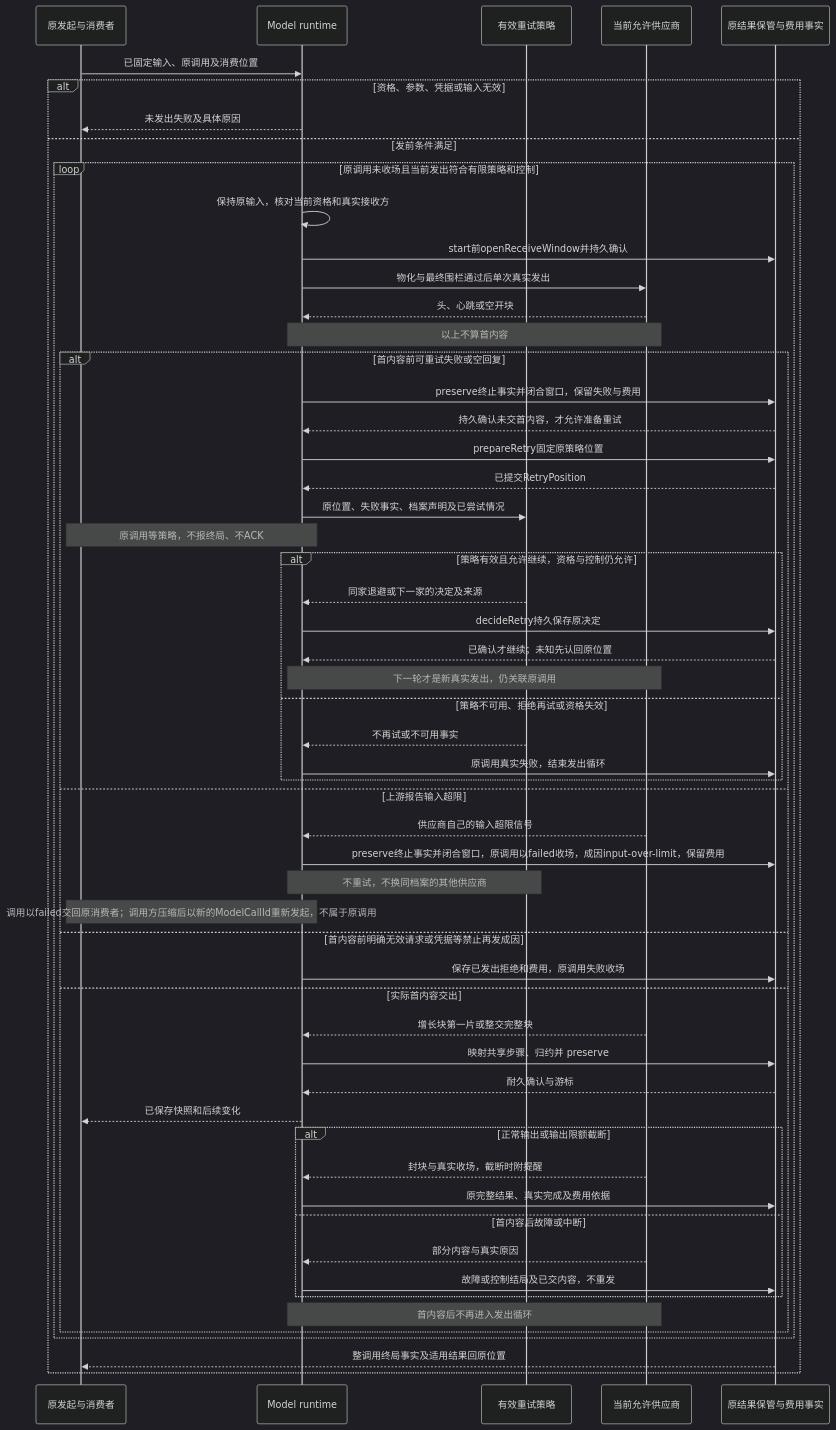
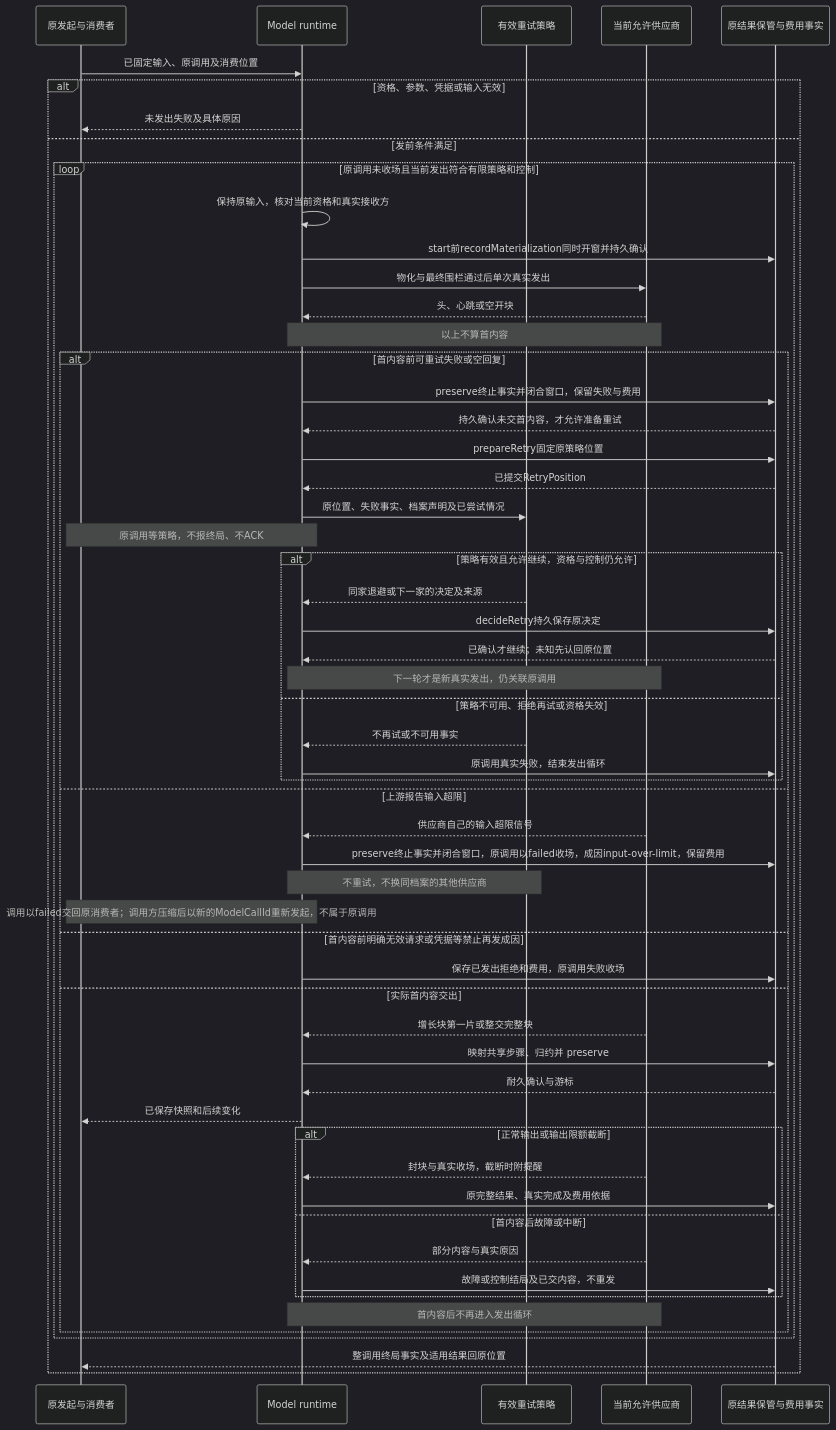
One commit to nemori-ai/omne-harness-lite changed the fourth of 17 diagrams in packages/model/model/docs/flows.md. Above: the diagram before and after it, drawn with Mermaid (dark theme). The commit also changed other lines of this file and 21 other files, not shown here.

````diff
--- a/packages/model/model/docs/flows.md
+++ b/packages/model/model/docs/flows.md
@@ -138,58 +138,58 @@
 ```mermaid
 sequenceDiagram
   participant F as 原发起与消费者
   participant M as Model runtime
   participant R as 有效重试策略
   participant P as 当前允许供应商
   participant B as 原结果保管与费用事实
   F->>M: 已固定输入、原调用及消费位置
   alt 资格、参数、凭据或输入无效
     M-->>F: 未发出失败及具体原因
   else 发前条件满足
     loop 原调用未收场且当前发出符合有限策略和控制
       M->>M: 保持原输入，核对当前资格和真实接收方
-      M->>B: start前openReceiveWindow并持久确认
+      M->>B: start前recordMaterialization同时开窗并持久确认
       M->>P: 物化与最终围栏通过后单次真实发出
       P-->>M: 头、心跳或空开块
       Note over M,P: 以上不算首内容
       alt 首内容前可重试失败或空回复
         M->>B: preserve终止事实并闭合窗口，保留失败与费用
         B-->>M: 持久确认未交首内容，才允许准备重试
         M->>B: prepareRetry固定原策略位置
         B-->>M: 已提交RetryPosition
         M->>R: 原位置、失败事实、档案声明及已尝试情况
         Note over F,M: 原调用等策略，不报终局、不ACK
         alt 策略有效且允许继续，资格与控制仍允许
           R-->>M: 同家退避或下一家的决定及来源
           M->>B: decideRetry持久保存原决定
           B-->>M: 已确认才继续；未知先认回原位置
           Note over M,P: 下一轮才是新真实发出，仍关联原调用
         else 策略不可用、拒绝再试或资格失效
           R-->>M: 不再试或不可用事实
           M->>B: 原调用真实失败，结束发出循环
         end
       else 上游报告输入超限
         P-->>M: 供应商自己的输入超限信号
         M->>B: preserve终止事实并闭合窗口，原调用以failed收场，成因input-over-limit，保留费用
         Note over M,R: 不重试，不换同档案的其他供应商
         Note over F,M: 调用以failed交回原消费者；调用方压缩后以新的ModelCallId重新发起，不属于原调用
       else 首内容前明确无效请求或凭据等禁止再发成因
         M->>B: 保存已发出拒绝和费用，原调用失败收场
       else 实际首内容交出
         P-->>M: 增长块第一片或整交完整块
         M->>B: 映射共享步骤、归约并 preserve
         B-->>M: 耐久确认与游标
         M-->>F: 已保存快照和后续变化
         alt 正常输出或输出限额截断
           P-->>M: 封块与真实收场，截断时附提醒
           M->>B: 原完整结果、真实完成及费用依据
         else 首内容后故障或中断
           P-->>M: 部分内容与真实原因
           M->>B: 故障或控制结局及已交内容，不重发
         end
         Note over M,P: 首内容后不再进入发出循环
       end
     end
     B-->>F: 整调用终局事实及适用结果回原位置
   end
 ```
````
